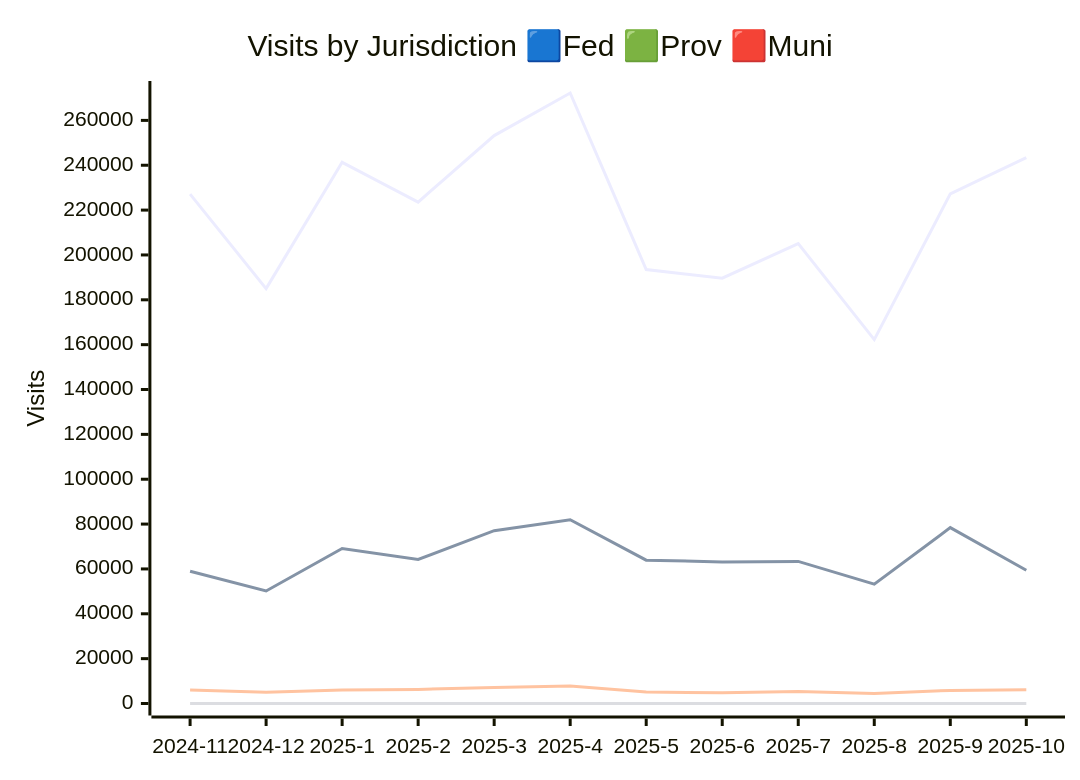
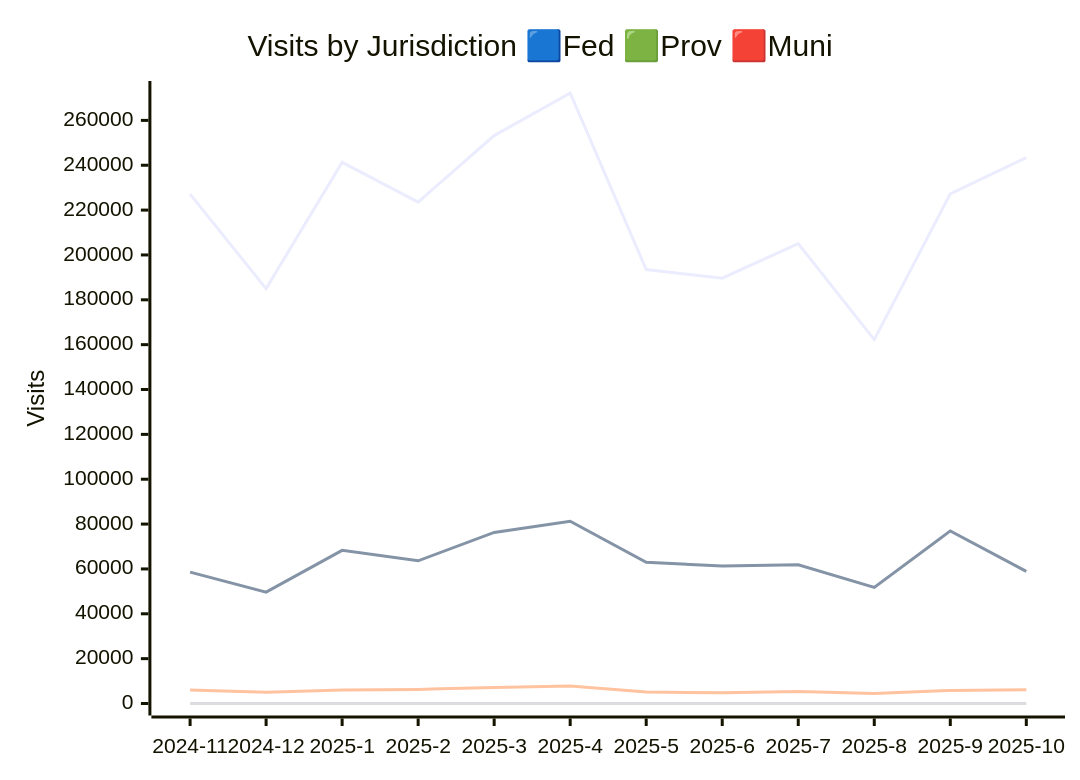
Before and after one commit to PatLittle/analytics-corporate-reporting: the second of 3 diagrams in JURISDICTION_ANALYTICS_REPORT/readme.md, drawn with Mermaid. The commit also changed other lines of this file and 3 other files, not shown here.

````diff
--- a/JURISDICTION_ANALYTICS_REPORT/readme.md
+++ b/JURISDICTION_ANALYTICS_REPORT/readme.md
@@ -28,11 +28,11 @@
 ```mermaid
 
 xychart-beta
     title "Visits by Jurisdiction 🟦Fed 🟩Prov 🟥Muni"
     x-axis [2024-11, 2024-12, 2025-1, 2025-2, 2025-3, 2025-4, 2025-5, 2025-6, 2025-7, 2025-8, 2025-9, 2025-10]
     y-axis "Visits" 0 --> 272213
     line [227131, 185004, 241296, 223573, 253219, 272203, 193521, 189619, 205069, 162265, 227252, 243443]
-    line [58978, 50156, 69132, 64214, 77074, 81935, 63910, 63118, 63349, 53202, 78407, 59414]
-    line [6053, 4970, 6013, 6298, 7116, 7801, 5126, 4797, 5298, 4430, 5844, 6124]
+    line [58564, 49650, 68285, 63629, 76294, 81289, 62969, 61316, 61850, 51799, 76955, 58940]
+    line [6051, 4970, 6012, 6298, 7116, 7800, 5126, 4797, 5298, 4430, 5844, 6122]
     line [0, 0, 0, 0, 0, 0, 0, 0, 0, 0, 0, 13]
 ```
````
